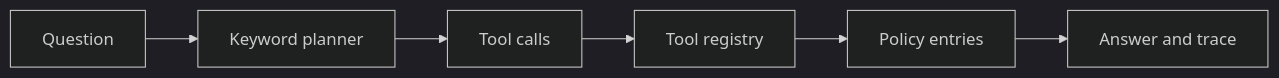
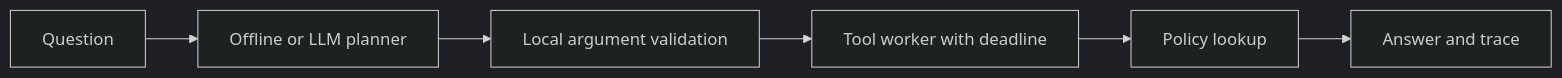
The diagram in README.md (AugereAbove/agent-Eval), drawn with Mermaid (dark theme) before and after one commit. The commit also changed other lines of this file and 14 other files, not shown here.

Commit message:
Add optional LLM planning, schema validation, deadlines, and evaluation metrics

````diff
--- a/README.md
+++ b/README.md
@@ -79,8 +52,8 @@
 ```mermaid
 flowchart LR
-    Q[Question] --> P[Keyword planner]
-    P --> C[Tool calls]
-    C --> R[Tool registry]
-    R --> D[Policy entries]
+    Q[Question] --> P[Offline or LLM planner]
+    P --> V[Local argument validation]
+    V --> W[Tool worker with deadline]
+    W --> D[Policy lookup]
     D --> T[Answer and trace]
 ```
````
